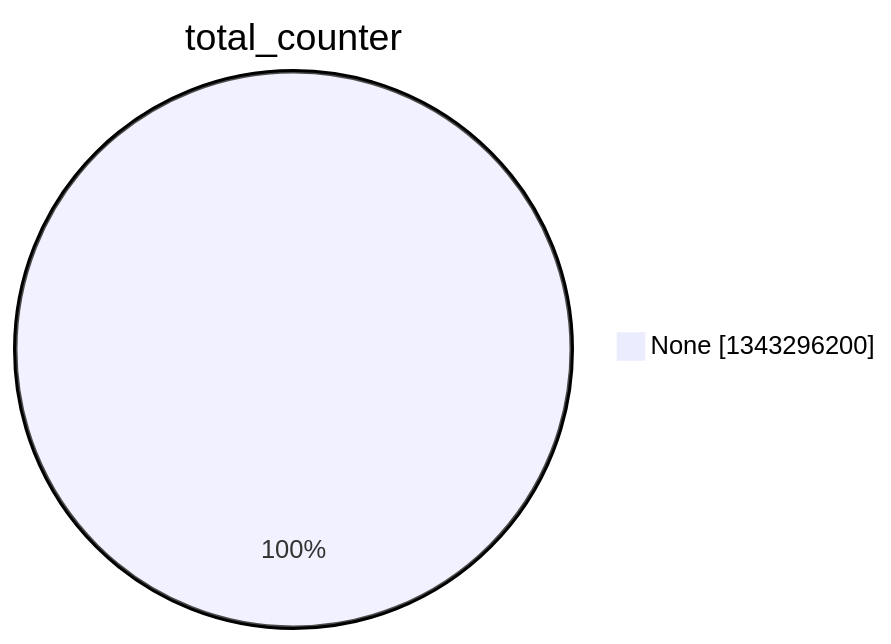
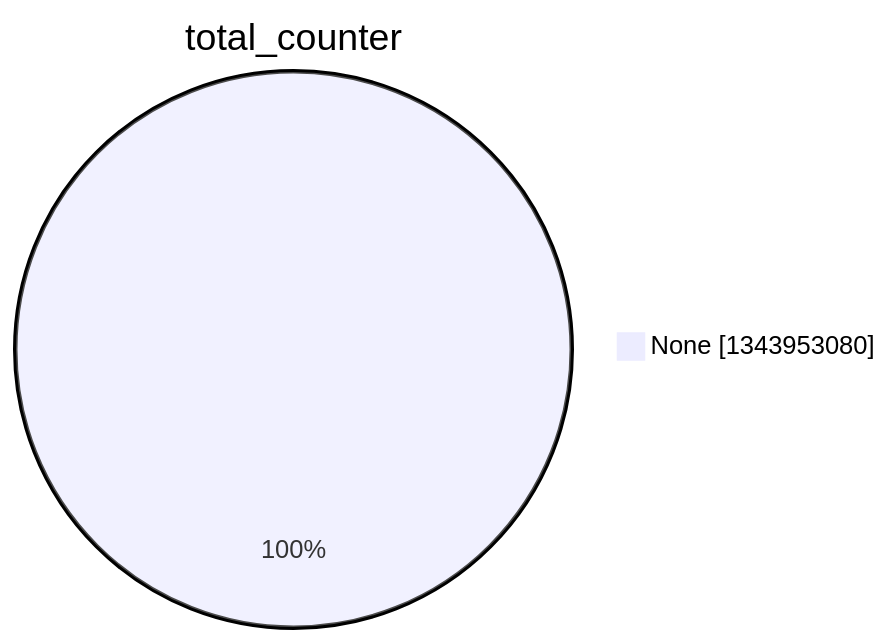
The second of 15 diagrams in argon2022/README.md (christiankrug/ctmonitor_visualization), drawn with Mermaid before and after one commit. The commit also changed other lines of this file, not shown here.

````diff
--- a/argon2022/README.md
+++ b/argon2022/README.md
@@ -9,5 +9,5 @@
 ```mermaid
 pie showData
 title total_counter
-"None" :1343296200
+"None" :1343953080
 ```
````
